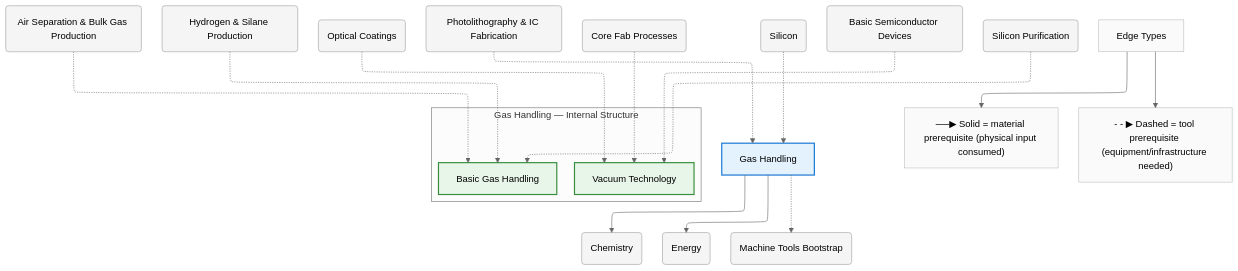
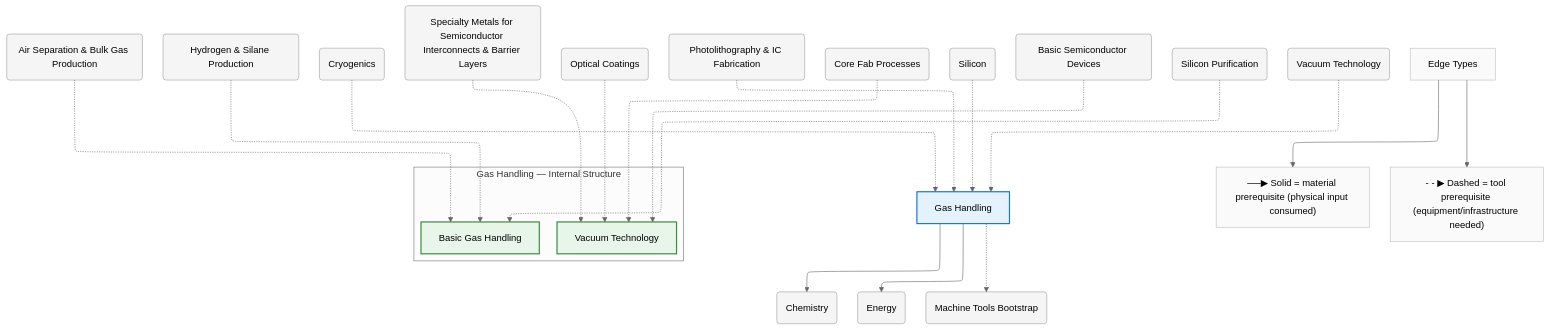
One commit to egofree/TechTree changed the diagram in diagrams/mermaid/gas-handling.mmd. Above: the diagram before and after it, drawn with Mermaid (neutral theme). The commit also changed 56 other files, not shown here.

First line of the commit message:
feat(domains): create 7 critical technology domains + expand specialty metals

```diff
--- a/diagrams/mermaid/gas-handling.mmd
+++ b/diagrams/mermaid/gas-handling.mmd
@@ -1,69 +1,78 @@
 %%{init: {"flowchart": {"defaultRenderer": "elk", "htmlLabels": true}}}%%
 graph TD
     %% Domain: Gas Handling
 
     %% ==================== INTERNAL NODES ====================
     subgraph gas-handling_internal ["Gas Handling — Internal Structure"]
         direction TB
         gas-handling_vacuum["Vacuum Technology"]
         gas-handling_basic["Basic Gas Handling"]
     end
 
     %% ==================== DOMAIN NODE ====================
     gas-handling["Gas Handling"]
 
     %% ==================== EXTERNAL DEPENDENCIES ====================
     chemistry("Chemistry")
     chemistry_air-separation("Air Separation & Bulk Gas Production")
     chemistry_hydrogen-silane("Hydrogen & Silane Production")
+    cryogenics("Cryogenics")
     energy("Energy")
     machine-tools("Machine Tools Bootstrap")
+    metals_specialty-semiconductor("Specialty Metals for Semiconductor Interconnects & Barrier Layers")
     optics_inspection_optical-coatings("Optical Coatings")
     photolithography("Photolithography & IC Fabrication")
     photolithography_fab-processes("Core Fab Processes")
     silicon("Silicon")
     silicon_basic-devices("Basic Semiconductor Devices")
     silicon_purification("Silicon Purification")
+    vacuum("Vacuum Technology")
 
     %% ==================== EDGES ====================
     gas-handling -.-> machine-tools
     gas-handling --> energy
     gas-handling --> chemistry
     silicon -.-> gas-handling
     silicon_purification -.-> gas-handling_basic
     silicon_basic-devices -.-> gas-handling_vacuum
     photolithography -.-> gas-handling
     photolithography_fab-processes -.-> gas-handling_vacuum
     chemistry_air-separation -.-> gas-handling_basic
     chemistry_hydrogen-silane -.-> gas-handling_basic
     optics_inspection_optical-coatings -.-> gas-handling_vacuum
+    metals_specialty-semiconductor -.-> gas-handling_vacuum
+    cryogenics -.-> gas-handling
+    vacuum -.-> gas-handling
 
     %% ==================== EDGE TYPE LEGEND ====================
     EdgeLegend["Edge Types"]
     EdgeLegend --> MatNote["──▶ Solid = material prerequisite (physical input consumed)"]
     EdgeLegend --> ToolNote["- - ▶ Dashed = tool prerequisite (equipment/infrastructure needed)"]
 
     %% ==================== STYLING ====================
     classDef domain fill:#e3f2fd,stroke:#1976d2,stroke-width:2px
     classDef capability fill:#e8f5e9,stroke:#388e3c,stroke-width:2px
     classDef process fill:#fff3e0,stroke:#f57c00,stroke-width:2px
     classDef critical fill:#fff3e0,stroke:#f57c00,stroke-width:3px
     classDef earlyWin fill:#e8f5e9,stroke:#388e3c,stroke-width:3px
     classDef pinnacle fill:#fce4ec,stroke:#c62828,stroke-width:3px
     classDef external fill:#f5f5f5,stroke:#9e9e9e,stroke-width:1px
     classDef legend fill:#fafafa,stroke:#bdbdbd,stroke-width:1px
     class gas-handling domain
     class gas-handling_vacuum capability
     class gas-handling_basic capability
     class chemistry external
     class chemistry_air-separation external
     class chemistry_hydrogen-silane external
+    class cryogenics external
     class energy external
     class machine-tools external
+    class metals_specialty-semiconductor external
     class optics_inspection_optical-coatings external
     class photolithography external
     class photolithography_fab-processes external
     class silicon external
     class silicon_basic-devices external
     class silicon_purification external
+    class vacuum external
     class EdgeLegend,MatNote,ToolNote legend
```
